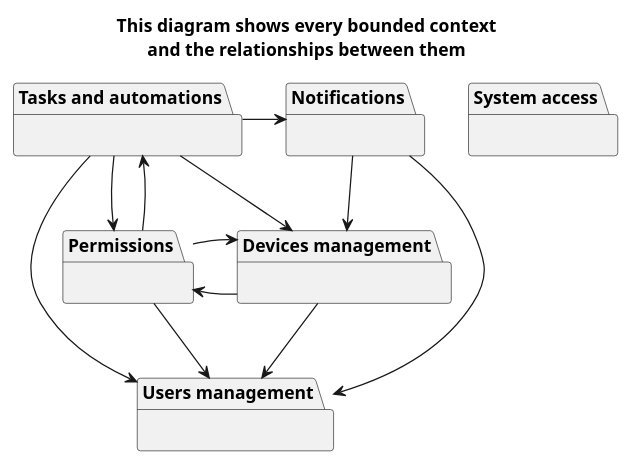
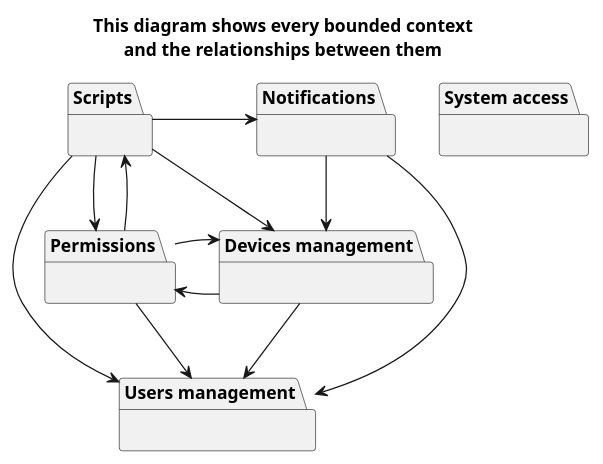
One commit to DomoticASW/.github changed the diagram in diagrams/src/context-map.puml. Above: the diagram before and after it, drawn with PlantUML. The commit also changed 6 other files, not shown here.

```diff
--- a/diagrams/src/context-map.puml
+++ b/diagrams/src/context-map.puml
@@ -1,28 +1,28 @@
 @startuml context-map
 
 hide empty members
 
 title
   This diagram shows every bounded context
   and the relationships between them
 end title
 
 package "System access" as SystemAccess {}
 package "Users management" as Users {}
 package "Devices management" as Devices {}
 Devices --> Users
 Devices -l-> Permissions
-package "Tasks and automations" as Tasks {}
-Tasks --> Users
-Tasks --> Permissions
-Tasks --> Devices
-Tasks -r-> Notifications
+package "Scripts" {}
+Scripts --> Users
+Scripts --> Permissions
+Scripts --> Devices
+Scripts -r-> Notifications
 package "Permissions" {}
 Permissions --> Users
-Permissions -u-> Tasks
+Permissions -u-> Scripts
 Permissions --> Devices
 package "Notifications" {}
 Notifications --> Users
 Notifications --> Devices
 
 @enduml
```
